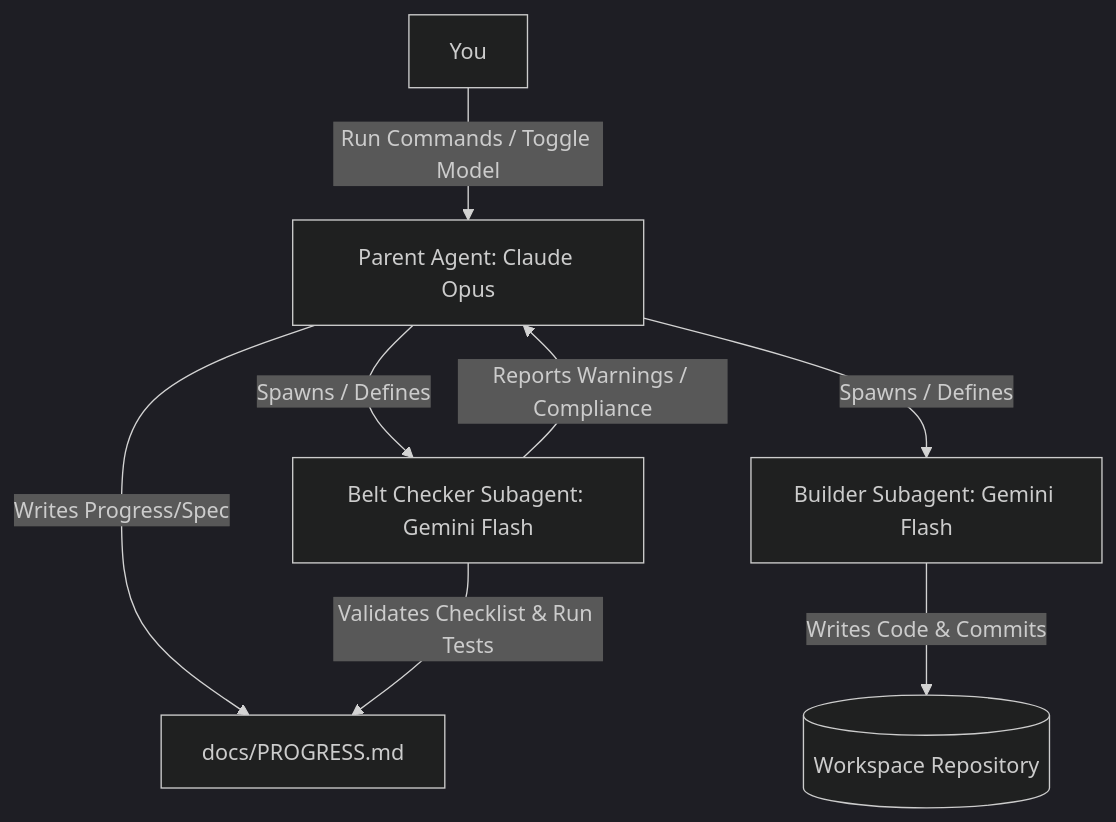
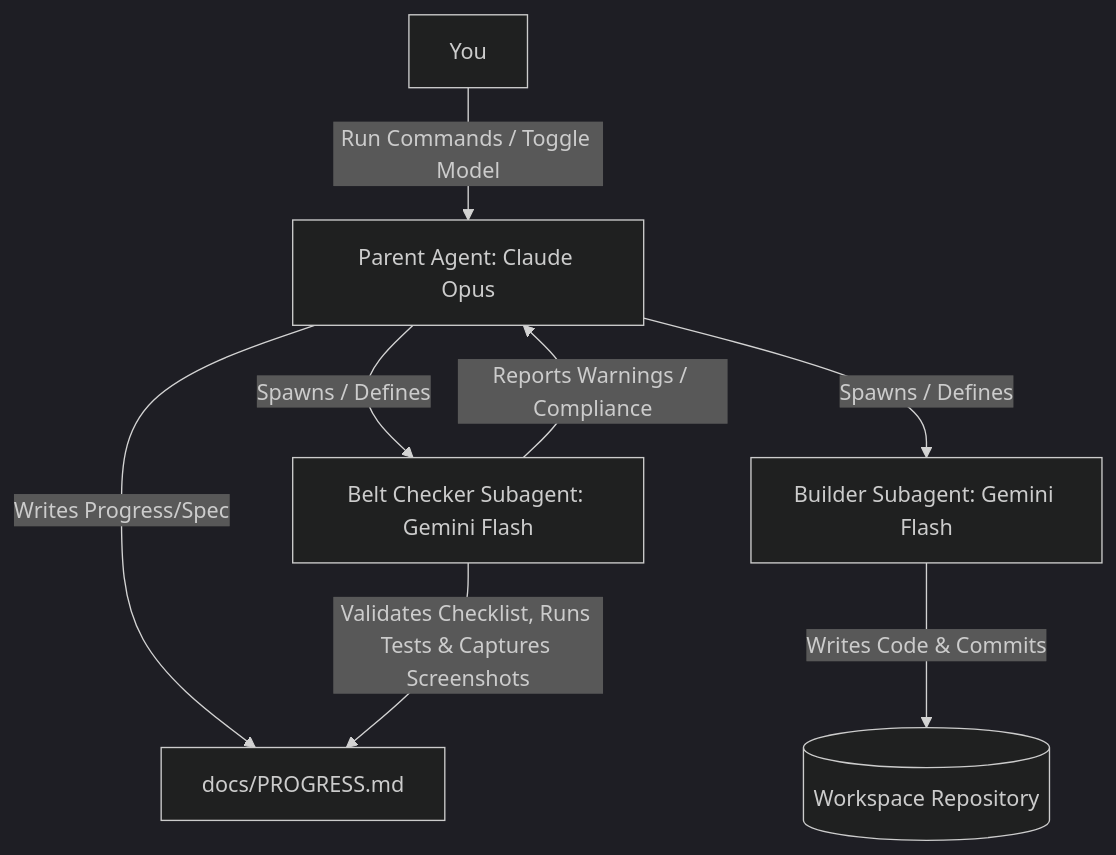
Before and after one commit to pablo-pica/stellar-jtm: the diagram in docs/AGENTS.md, drawn with Mermaid (dark theme). The commit also changed other lines of this file, not shown here.

````diff
--- a/docs/AGENTS.md
+++ b/docs/AGENTS.md
@@ -11,10 +11,10 @@
 ```mermaid
 graph TD
     YOU[You] -->|Run Commands / Toggle Model| Parent[Parent Agent: Claude Opus]
     Parent -->|Writes Progress/Spec| ProgressFile[docs/PROGRESS.md]
     Parent -->|Spawns / Defines| Builder[Builder Subagent: Gemini Flash]
     Builder -->|Writes Code & Commits| Repo[(Workspace Repository)]
     Parent -->|Spawns / Defines| Checker[Belt Checker Subagent: Gemini Flash]
-    Checker -->|Validates Checklist & Run Tests| ProgressFile
+    Checker -->|Validates Checklist, Runs Tests & Captures Screenshots| ProgressFile
     Checker -->|Reports Warnings / Compliance| Parent
 ```
````
